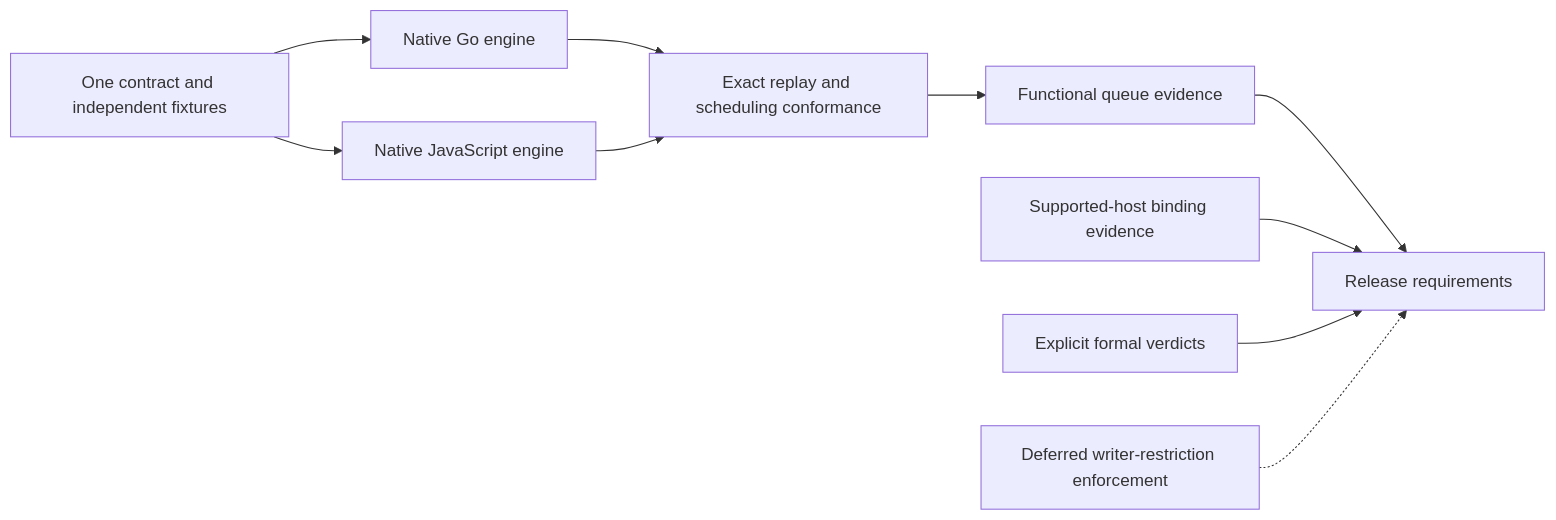
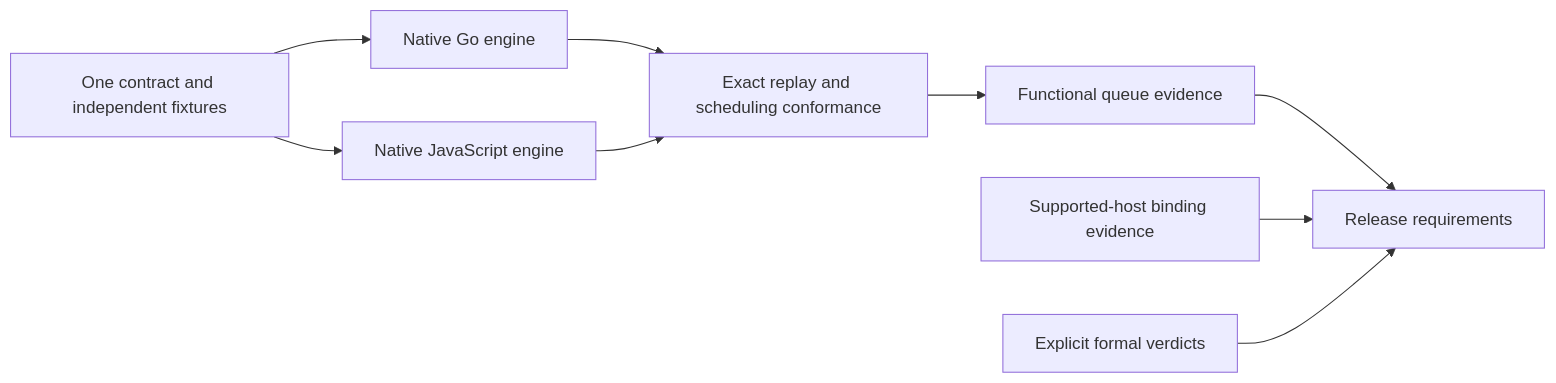
Diagram 21 of 21 in docs/src/content/docs/specs/work-queue-specification.md (github/gh-aw), drawn with Mermaid before and after one commit. The commit also changed other lines of this file and 217 other files, not shown here.

````diff
--- a/docs/src/content/docs/specs/work-queue-specification.md
+++ b/docs/src/content/docs/specs/work-queue-specification.md
@@ -2744,12 +2875,11 @@
 ```mermaid
 flowchart LR
     Contract["One contract and independent fixtures"] --> Go["Native Go engine"]
     Contract --> JS["Native JavaScript engine"]
     Go --> Parity["Exact replay and scheduling conformance"]
     JS --> Parity
     Parity --> Functional["Functional queue evidence"]
     Functional --> Release["Release requirements"]
     Hosts["Supported-host binding evidence"] --> Release
     Formal["Explicit formal verdicts"] --> Release
-    Deployment["Deferred writer-restriction enforcement"] -.-> Release
 ```
````
